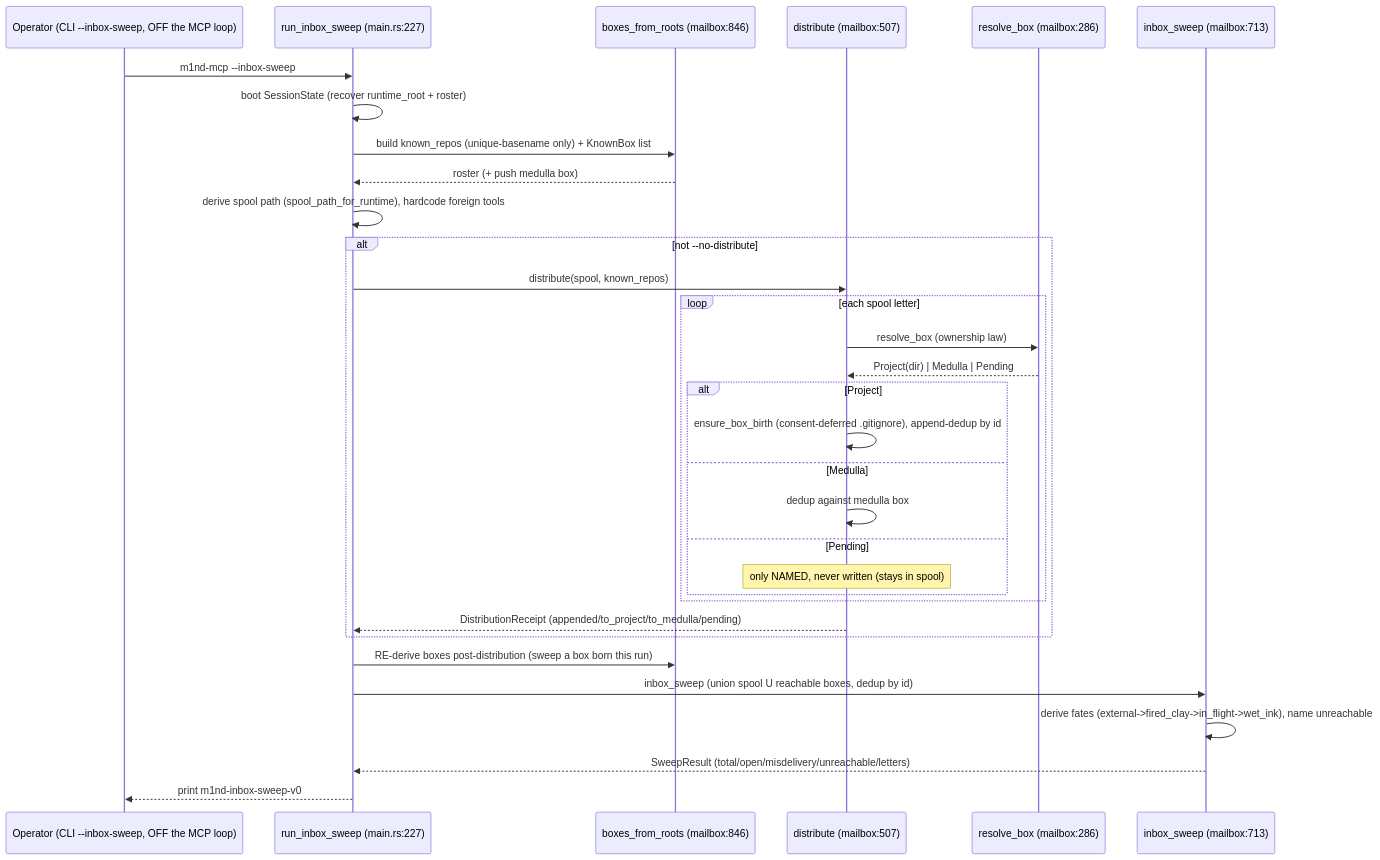
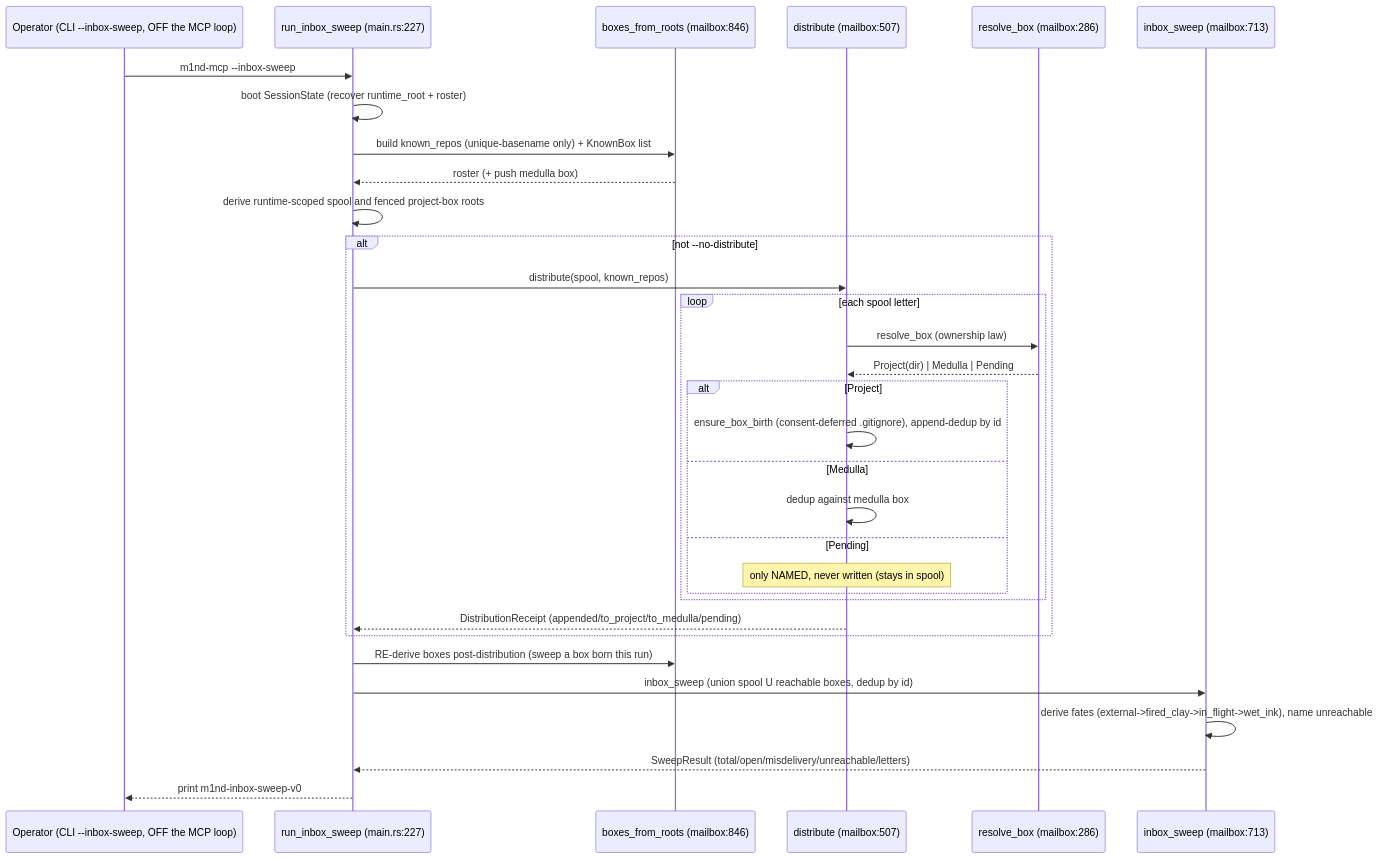
The second of 4 diagrams in docs/uml/mailbox.md (maxkle1nz/m1nd), drawn with Mermaid before and after one commit. The commit also changed 4 other files, not shown here.

First line of the commit message:
fix(mailbox): scope the field spool and letter boxes to the runtime root

````diff
--- a/docs/uml/mailbox.md
+++ b/docs/uml/mailbox.md
@@ -109,37 +109,37 @@
 ```mermaid
 sequenceDiagram
     participant OP as Operator (CLI --inbox-sweep, OFF the MCP loop)
     participant RS as run_inbox_sweep (main.rs:227)
     participant BR as boxes_from_roots (mailbox:846)
     participant DI as distribute (mailbox:507)
     participant RB as resolve_box (mailbox:286)
     participant SW as inbox_sweep (mailbox:713)
 
     OP->>RS: m1nd-mcp --inbox-sweep
     RS->>RS: boot SessionState (recover runtime_root + roster)
     RS->>BR: build known_repos (unique-basename only) + KnownBox list
     BR-->>RS: roster (+ push medulla box)
-    RS->>RS: derive spool path (spool_path_for_runtime), hardcode foreign tools
+    RS->>RS: derive runtime-scoped spool and fenced project-box roots
 
     alt not --no-distribute
         RS->>DI: distribute(spool, known_repos)
         loop each spool letter
             DI->>RB: resolve_box (ownership law)
             RB-->>DI: Project(dir) | Medulla | Pending
             alt Project
                 DI->>DI: ensure_box_birth (consent-deferred .gitignore), append-dedup by id
             else Medulla
                 DI->>DI: dedup against medulla box
             else Pending
                 Note over DI: only NAMED, never written (stays in spool)
             end
         end
         DI-->>RS: DistributionReceipt (appended/to_project/to_medulla/pending)
     end
 
     RS->>BR: RE-derive boxes post-distribution (sweep a box born this run)
     RS->>SW: inbox_sweep (union spool U reachable boxes, dedup by id)
     SW->>SW: derive fates (external->fired_clay->in_flight->wet_ink), name unreachable
     SW-->>RS: SweepResult (total/open/misdelivery/unreachable/letters)
     RS-->>OP: print m1nd-inbox-sweep-v0
 ```
````
